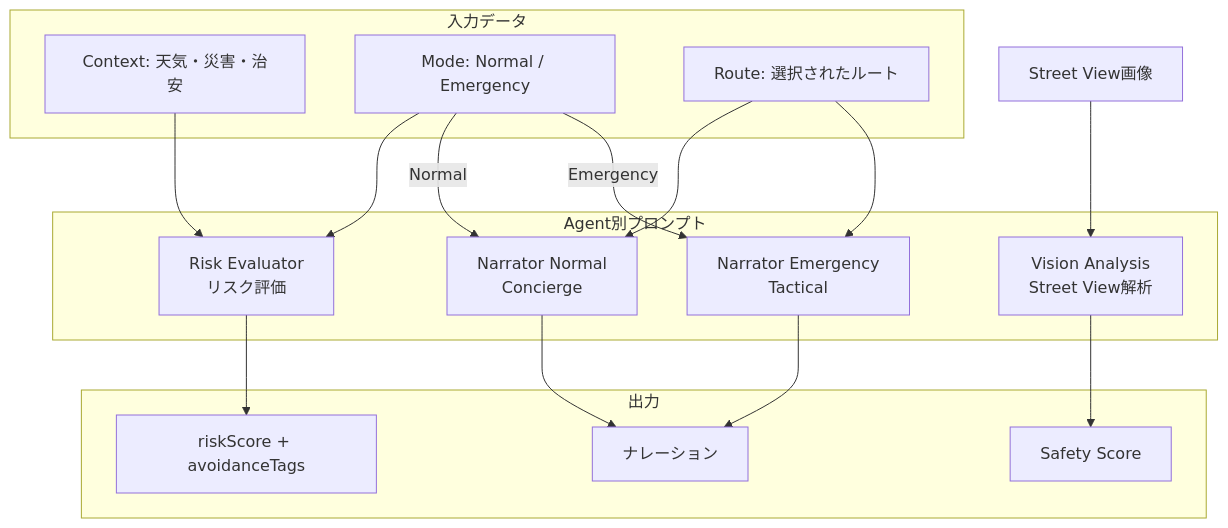
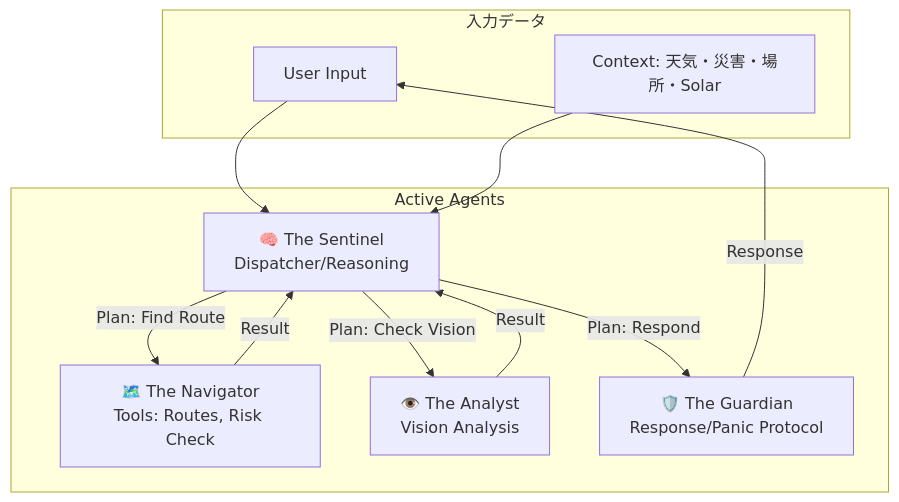
The first of 2 diagrams in Docs/確定/08_AIプロンプト設計書.md (Ryg-appdev/safe-routing-ai-navigation), drawn with Mermaid before and after one commit. The commit also changed other lines of this file and 30 other files, not shown here.

````diff
--- a/Docs/確定/08_AIプロンプト設計書.md
+++ b/Docs/確定/08_AIプロンプト設計書.md
@@ -9,35 +9,23 @@
 ```mermaid
 flowchart TB
     subgraph Input [入力データ]
-        CTX[Context: 天気・災害・治安]
-        MODE[Mode: Normal / Emergency]
-        ROUTE[Route: 選択されたルート]
+        USER[User Input]
+        CTX[Context: 天気・災害・場所・Solar]
     end
 
-    subgraph Agents [Agent別プロンプト]
-        A2[Risk Evaluator<br/>リスク評価]
-        A4N[Narrator Normal<br/>Concierge]
-        A4E[Narrator Emergency<br/>Tactical]
-        VIS[Vision Analysis<br/>Street View解析]
+    subgraph Agents [Active Agents]
+        S[🧠 The Sentinel<br/>Dispatcher/Reasoning]
+        N[🗺️ The Navigator<br/>Tools: Routes, Risk Check]
+        A[👁️ The Analyst<br/>Vision Analysis]
+        G[🛡️ The Guardian<br/>Response/Panic Protocol]
     end
 
-    subgraph Output [出力]
-        RISK[riskScore + avoidanceTags]
-        NAR[ナレーション]
-        SCORE[Safety Score]
-    end
-
-    CTX --> A2
-    MODE --> A2
-    A2 --> RISK
-
-    ROUTE --> A4N
-    ROUTE --> A4E
-    MODE -->|Normal| A4N
-    MODE -->|Emergency| A4E
-    A4N --> NAR
-    A4E --> NAR
-
-    IMG[Street View画像] --> VIS
-    VIS --> SCORE
+    USER --> S
+    CTX --> S
+    S -->|Plan: Find Route| N
+    S -->|Plan: Check Vision| A
+    S -->|Plan: Respond| G
+    N -->|Result| S
+    A -->|Result| S
+    G -->|Response| USER
 ```
````
